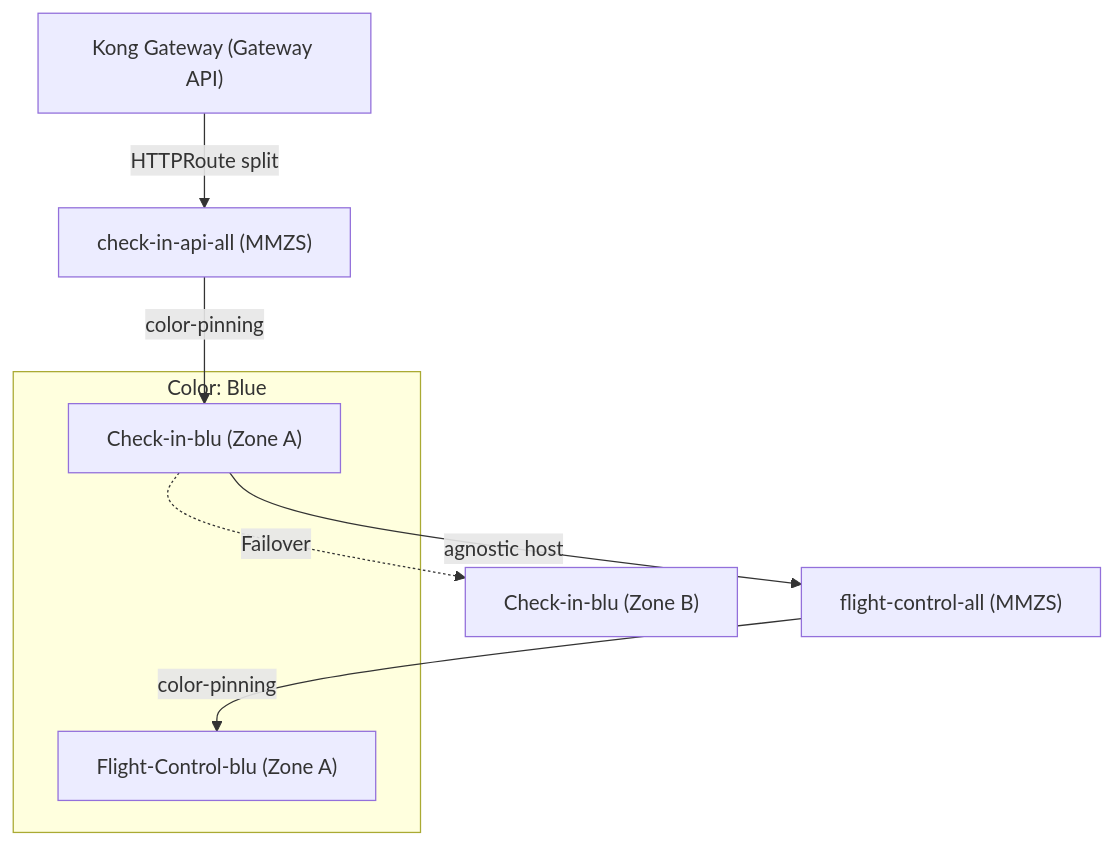
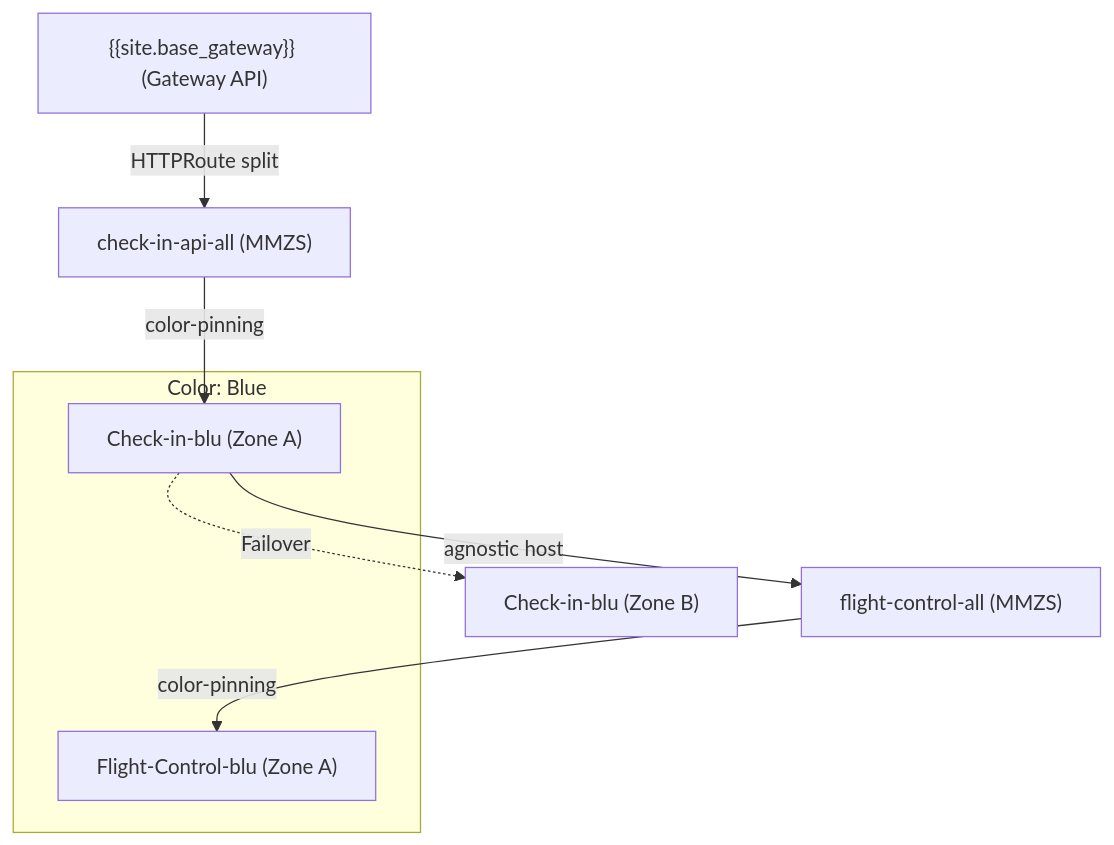
One commit to Kong/developer.konghq.com changed the diagram in app/mesh/scenarios/global-color-routing.md. Above: the diagram before and after it, drawn with Mermaid. The commit also changed 4 other files, not shown here.

```diff
--- a/app/mesh/scenarios/global-color-routing.md
+++ b/app/mesh/scenarios/global-color-routing.md
@@ -49,14 +49,14 @@
 {% mermaid %}
 graph TD
-    Gateway["Kong Gateway (Gateway API)"] -->|HTTPRoute split| MMZS1["check-in-api-all (MMZS)"]
+    Gateway["{{site.base_gateway}} (Gateway API)"] -->|HTTPRoute split| MMZS1["check-in-api-all (MMZS)"]
     MMZS1 -->|color-pinning| App1B["Check-in-blu (Zone A)"]
     App1B -->|agnostic host| MMZS2["flight-control-all (MMZS)"]
     MMZS2 -->|color-pinning| App2B["Flight-Control-blu (Zone A)"]
 
     subgraph "Color: Blue"
         App1B
         App2B
     end
 
     App1B -.->|Failover| App1B_ZoneB["Check-in-blu (Zone B)"]
 {% endmermaid %}
```
